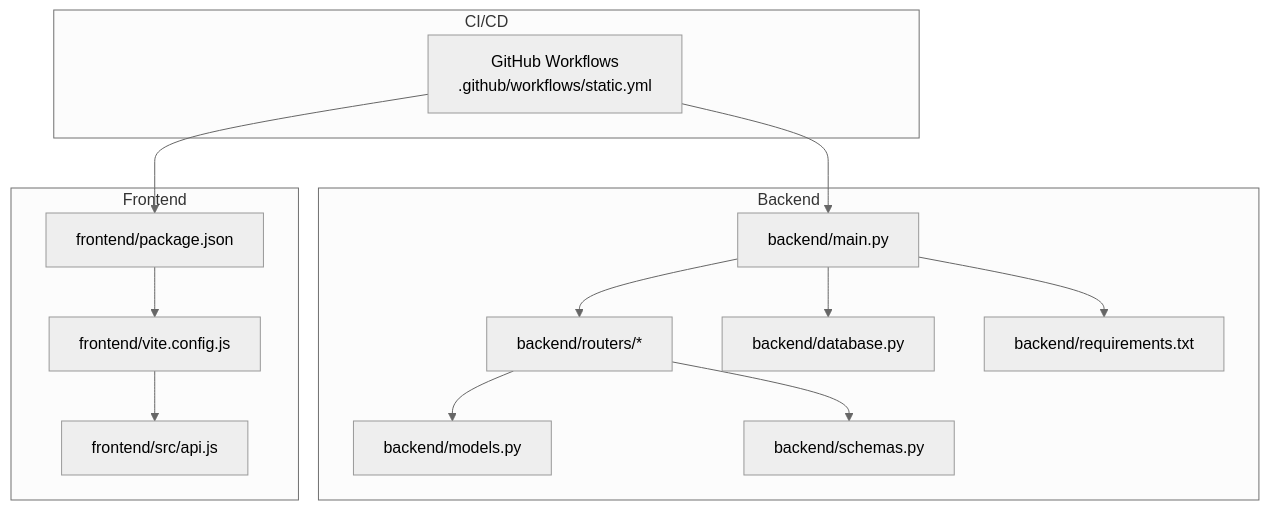
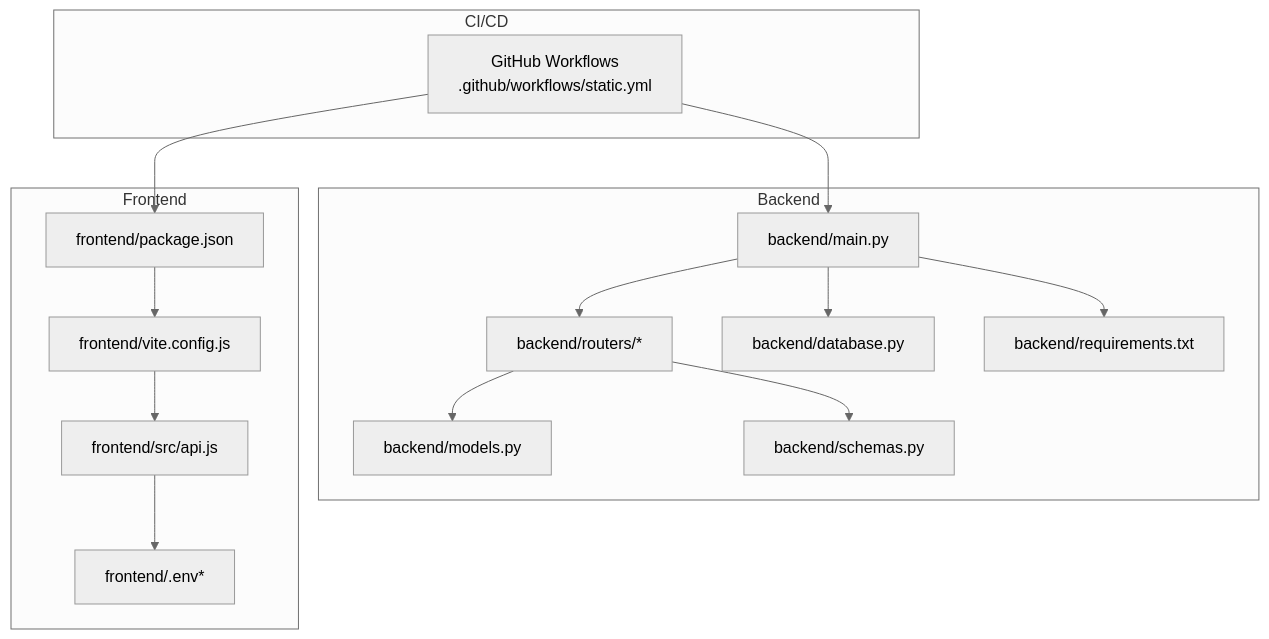
One commit to kasliwalsarthak7972/smart-healthcare-dashboard changed the first of 8 diagrams in .qoder/repowiki/en/content/Deployment & Production.md. Above: the diagram before and after it, drawn with Mermaid (neutral theme). The commit also changed other lines of this file and 9 other files, not shown here.

````diff
--- a/.qoder/repowiki/en/content/Deployment & Production.md
+++ b/.qoder/repowiki/en/content/Deployment & Production.md
@@ -39,28 +48,30 @@
 ```mermaid
 graph TB
 subgraph "Backend"
 BM["backend/main.py"]
 BR["backend/routers/*"]
 BD["backend/database.py"]
 BReq["backend/requirements.txt"]
 BModels["backend/models.py"]
 BSchemas["backend/schemas.py"]
 end
 subgraph "Frontend"
 FPkg["frontend/package.json"]
 FVite["frontend/vite.config.js"]
 FAxios["frontend/src/api.js"]
+FEnv["frontend/.env*"]
 end
 subgraph "CI/CD"
 GW["GitHub Workflows<br/>.github/workflows/static.yml"]
 end
 FPkg --> FVite
 FVite --> FAxios
+FAxios --> FEnv
 BM --> BR
 BM --> BD
 BM --> BReq
 BR --> BModels
 BR --> BSchemas
 GW --> FPkg
 GW --> BM
 ```
````
